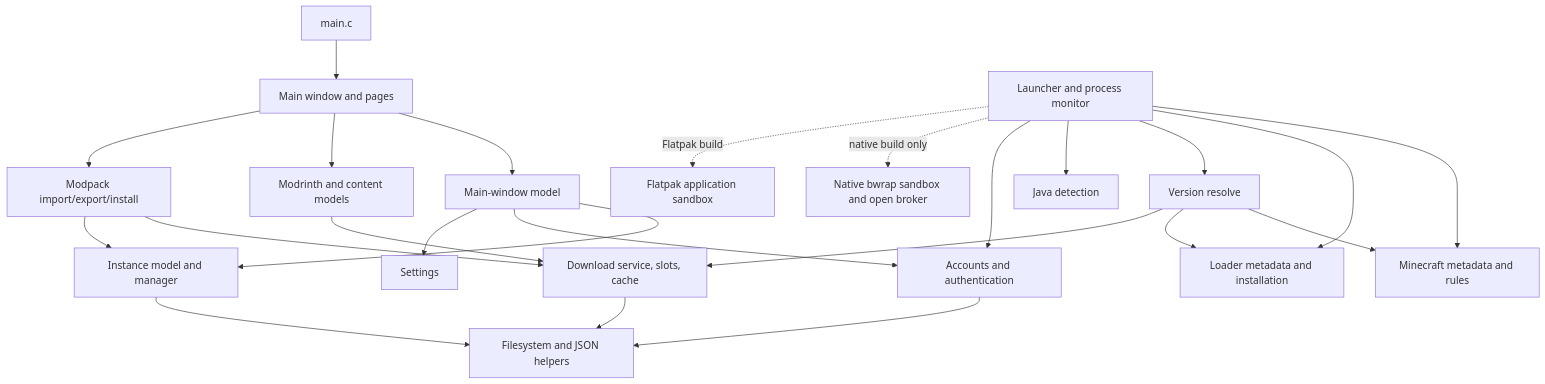
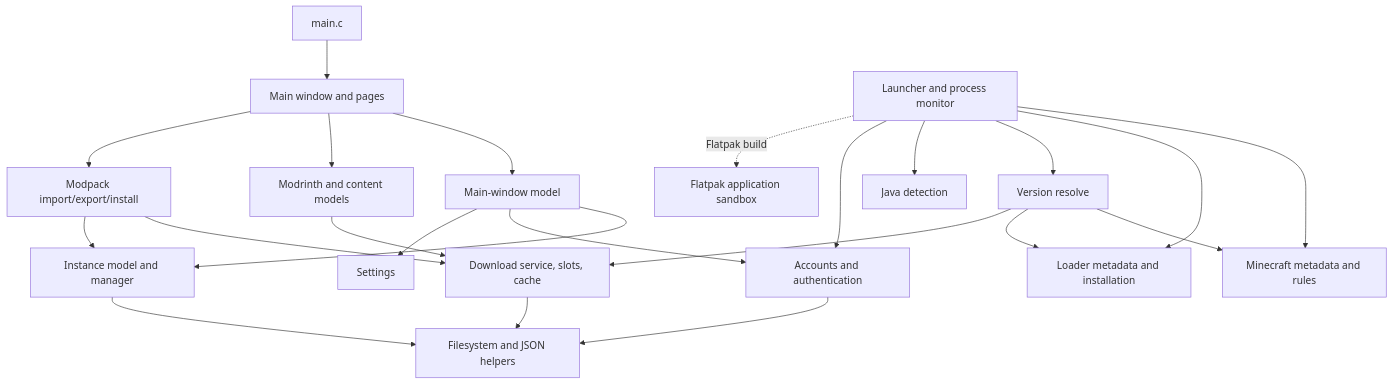
The second of 3 diagrams in docs/architecture.md (NuvashaLauncher/NuvashaLauncher), drawn with Mermaid before and after one commit. The commit also changed other lines of this file and 55 other files, not shown here.

````diff
--- a/docs/architecture.md
+++ b/docs/architecture.md
@@ -86,44 +78,42 @@
 ```mermaid
 flowchart TD
     Main[main.c]
     Window[Main window and pages]
     Model[Main-window model]
     Instances[Instance model and manager]
     Accounts[Accounts and authentication]
     Settings[Settings]
     Content[Modrinth and content models]
     Packs[Modpack import/export/install]
     Versions[Minecraft metadata and rules]
     Loaders[Loader metadata and installation]
     Resolve[Version resolve]
     Downloads[Download service, slots, cache]
     Launch[Launcher and process monitor]
     Java[Java detection]
-    Sandbox[Native bwrap sandbox and open broker]
     Flatpak[Flatpak application sandbox]
     FS[Filesystem and JSON helpers]
 
     Main --> Window
     Window --> Model
     Model --> Instances
     Model --> Accounts
     Model --> Settings
     Window --> Content
     Window --> Packs
     Content --> Downloads
     Packs --> Downloads
     Packs --> Instances
     Launch --> Versions
     Launch --> Loaders
     Launch --> Resolve
     Launch --> Java
     Launch --> Accounts
     Resolve --> Versions
     Resolve --> Loaders
     Resolve --> Downloads
-    Launch -. native build only .-> Sandbox
     Launch -. Flatpak build .-> Flatpak
     Instances --> FS
     Accounts --> FS
     Downloads --> FS
 ```
````
